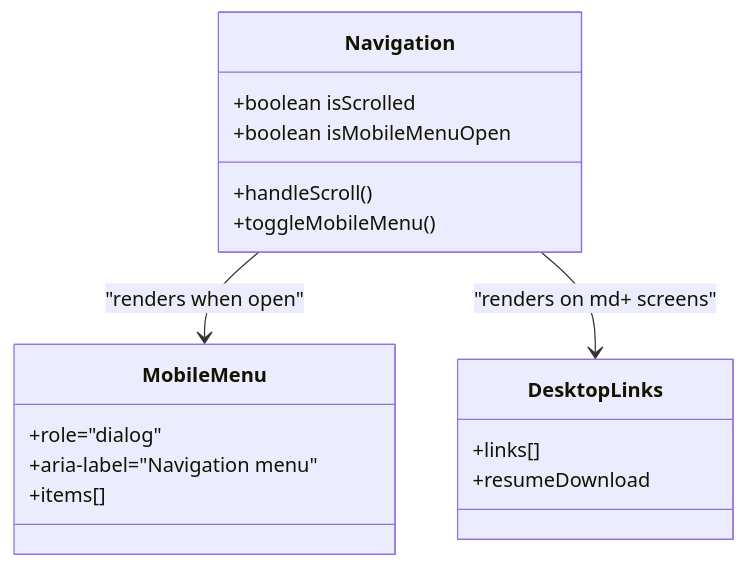
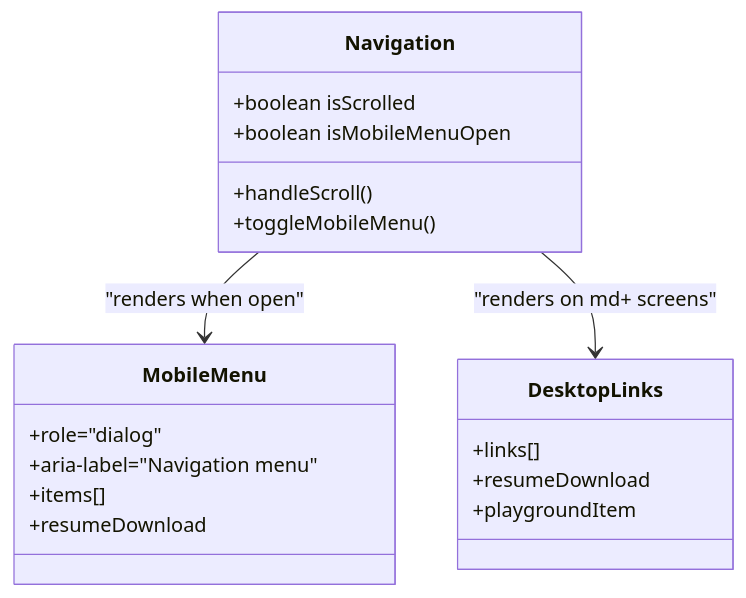
One commit to tee-15/portfolio-tee changed the fourth of 9 diagrams in .qoder/repowiki/en/content/Core Components/Navigation Component.md. Above: the diagram before and after it, drawn with Mermaid. The commit also changed other lines of this file and 27 other files, not shown here.

````diff
--- a/.qoder/repowiki/en/content/Core Components/Navigation Component.md
+++ b/.qoder/repowiki/en/content/Core Components/Navigation Component.md
@@ -147,20 +163,22 @@
 ```mermaid
 classDiagram
 class Navigation {
 +boolean isScrolled
 +boolean isMobileMenuOpen
 +handleScroll()
 +toggleMobileMenu()
 }
 class MobileMenu {
 +role="dialog"
 +aria-label="Navigation menu"
 +items[]
++resumeDownload
 }
 class DesktopLinks {
 +links[]
 +resumeDownload
++playgroundItem
 }
 Navigation --> MobileMenu : "renders when open"
 Navigation --> DesktopLinks : "renders on md+ screens"
 ```
````
